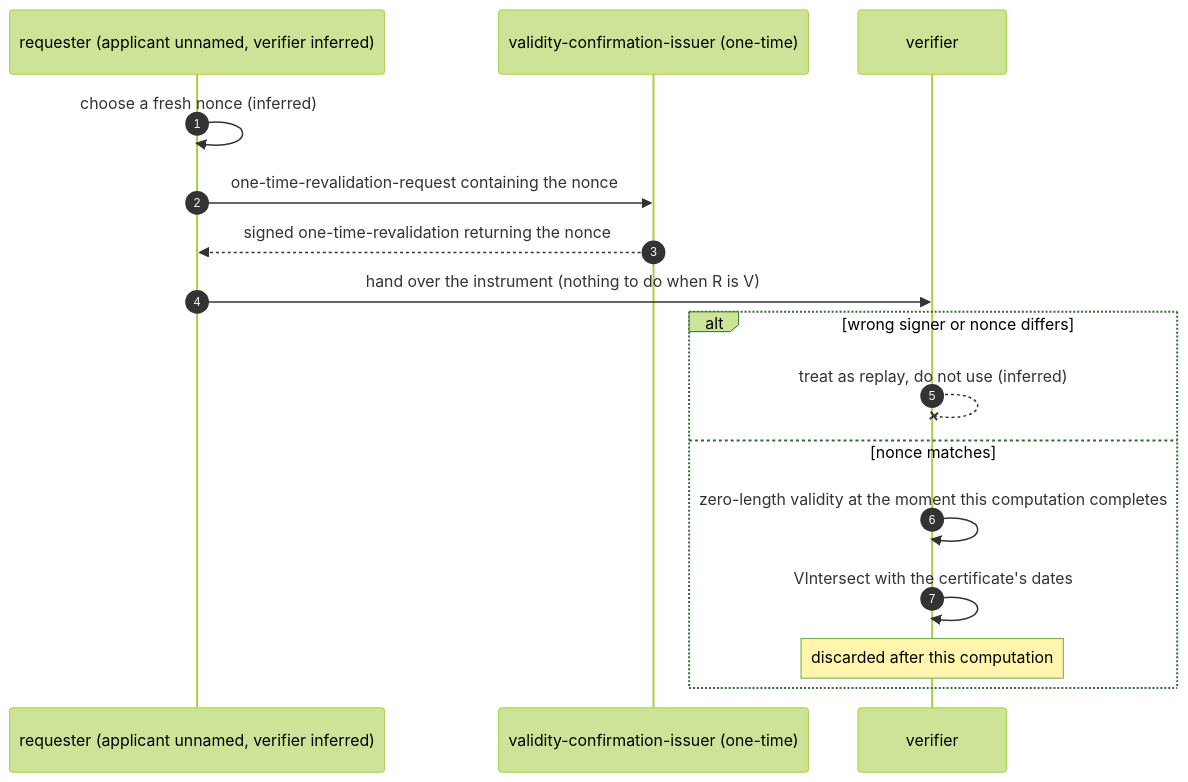
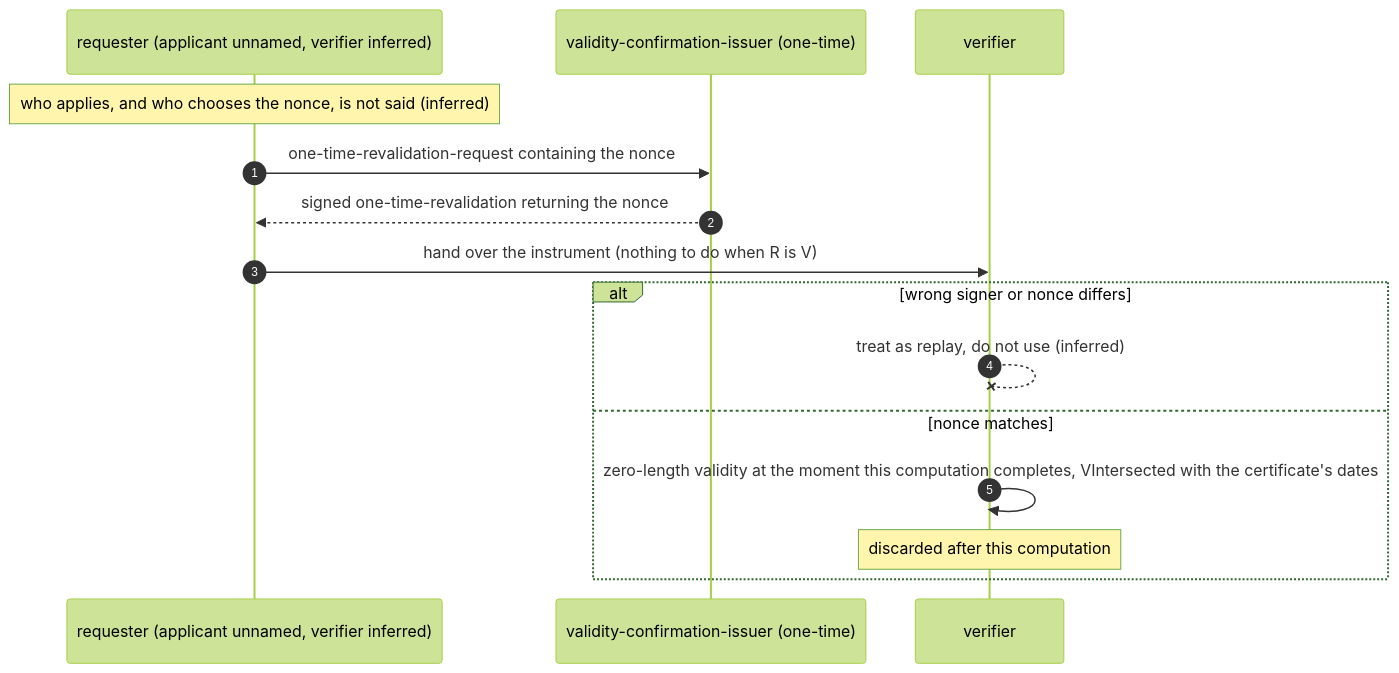
Before and after one commit to m-of-n/library: the sixth of 25 diagrams in records/ietf/rfc-2693/distilled/protocol.md, drawn with Mermaid (forest theme). The commit also changed other lines of this file and 8 other files, not shown here.

````diff
--- a/records/ietf/rfc-2693/distilled/protocol.md
+++ b/records/ietf/rfc-2693/distilled/protocol.md
@@ -290,18 +288,17 @@
 ```mermaid
 sequenceDiagram
   autonumber
   participant R as requester (applicant unnamed, verifier inferred)
   participant C as validity-confirmation-issuer (one-time)
   participant V as verifier
-  R->>R: choose a fresh nonce (inferred)
+  Note over R: who applies, and who chooses the nonce, is not said (inferred)
   R->>C: one-time-revalidation-request containing the nonce
   C-->>R: signed one-time-revalidation returning the nonce
   R->>V: hand over the instrument (nothing to do when R is V)
   alt wrong signer or nonce differs
     V--xV: treat as replay, do not use (inferred)
   else nonce matches
-    V->>V: zero-length validity at the moment this computation completes
-    V->>V: VIntersect with the certificate's dates
+    V->>V: zero-length validity at the moment this computation completes, VIntersected with the certificate's dates
     Note over V: discarded after this computation
   end
 ```
````
